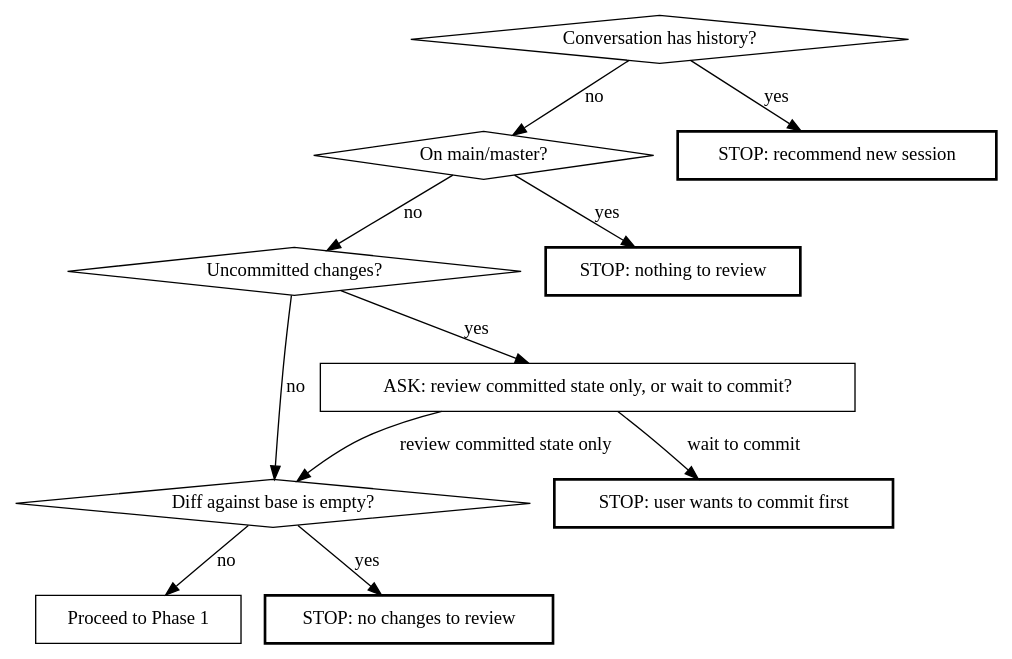
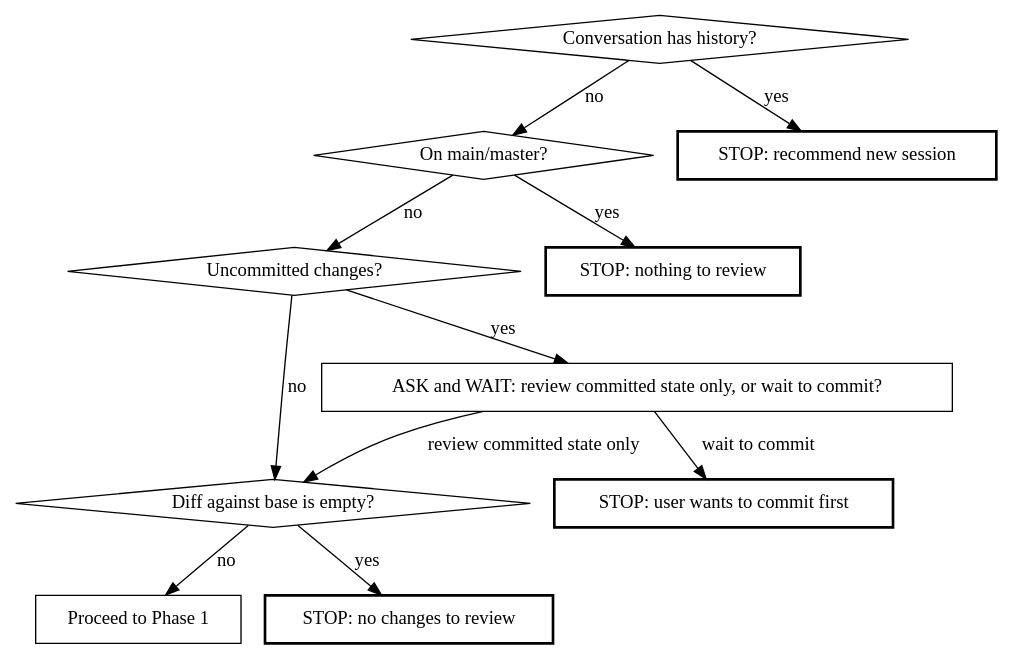
The second of 2 diagrams in plugins/paad/skills/agentic-review/SKILL.md (Ovid/paad), drawn with Graphviz before and after one commit. The commit also changed other lines of this file and 1 other file, not shown here.

First line of the commit message:
agentic-review: close the four remaining hollow gates

````diff
--- a/plugins/paad/skills/agentic-review/SKILL.md
+++ b/plugins/paad/skills/agentic-review/SKILL.md
@@ -48,25 +48,25 @@
 ```dot
 digraph preflight {
   "Conversation has history?" [shape=diamond];
   "On main/master?" [shape=diamond];
   "Uncommitted changes?" [shape=diamond];
   "Diff against base is empty?" [shape=diamond];
   "Proceed to Phase 1" [shape=box];
   "STOP: recommend new session" [shape=box, style=bold];
   "STOP: nothing to review" [shape=box, style=bold];
   "STOP: no changes to review" [shape=box, style=bold];
   "STOP: user wants to commit first" [shape=box, style=bold];
-  "ASK: review committed state only, or wait to commit?" [shape=box];
+  "ASK and WAIT: review committed state only, or wait to commit?" [shape=box];
 
   "Conversation has history?" -> "STOP: recommend new session" [label="yes"];
   "Conversation has history?" -> "On main/master?" [label="no"];
   "On main/master?" -> "STOP: nothing to review" [label="yes"];
   "On main/master?" -> "Uncommitted changes?" [label="no"];
-  "Uncommitted changes?" -> "ASK: review committed state only, or wait to commit?" [label="yes"];
+  "Uncommitted changes?" -> "ASK and WAIT: review committed state only, or wait to commit?" [label="yes"];
   "Uncommitted changes?" -> "Diff against base is empty?" [label="no"];
-  "ASK: review committed state only, or wait to commit?" -> "Diff against base is empty?" [label="review committed state only"];
-  "ASK: review committed state only, or wait to commit?" -> "STOP: user wants to commit first" [label="wait to commit"];
+  "ASK and WAIT: review committed state only, or wait to commit?" -> "Diff against base is empty?" [label="review committed state only"];
+  "ASK and WAIT: review committed state only, or wait to commit?" -> "STOP: user wants to commit first" [label="wait to commit"];
   "Diff against base is empty?" -> "STOP: no changes to review" [label="yes"];
   "Diff against base is empty?" -> "Proceed to Phase 1" [label="no"];
 }
 ```
````
